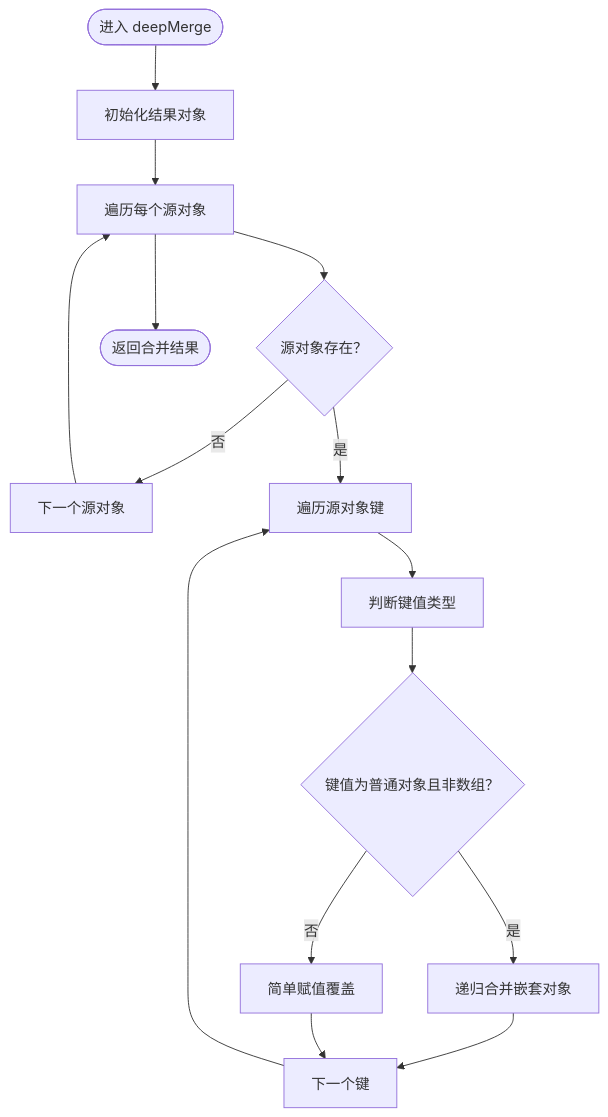
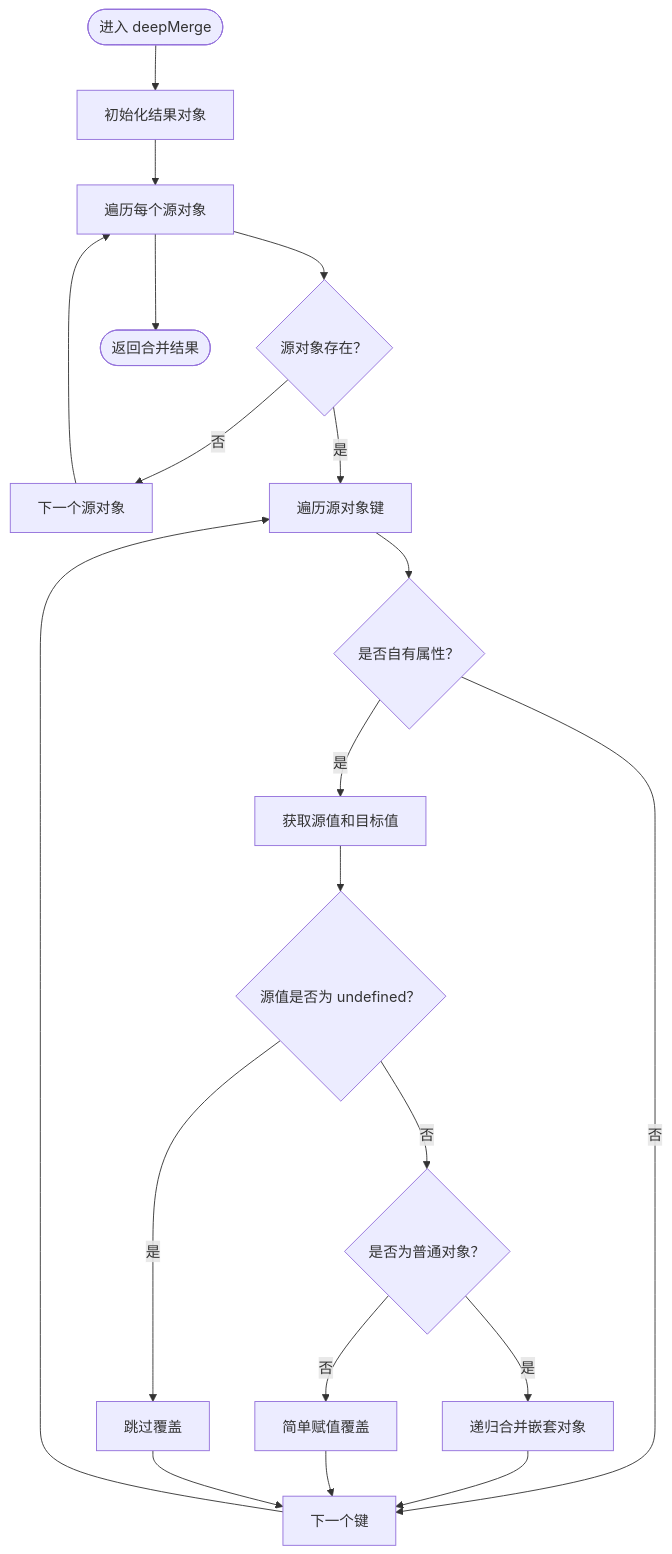
One commit to MengXi-Studio/vite-plugin changed the third of 5 diagrams in .qoder/repowiki/zh/content/工具模块/对象工具.md. Above: the diagram before and after it, drawn with Mermaid. The commit also changed other lines of this file and 8 other files, not shown here.

````diff
--- a/.qoder/repowiki/zh/content/工具模块/对象工具.md
+++ b/.qoder/repowiki/zh/content/工具模块/对象工具.md
@@ -148,17 +185,22 @@
 ```mermaid
 flowchart TD
 Start(["进入 deepMerge"]) --> Init["初始化结果对象"]
 Init --> LoopSrc["遍历每个源对象"]
 LoopSrc --> CheckSource{"源对象存在？"}
 CheckSource --> |否| NextSrc["下一个源对象"]
 CheckSource --> |是| LoopKey["遍历源对象键"]
-LoopKey --> GetType["判断键值类型"]
-GetType --> IsObj{"键值为普通对象且非数组？"}
-IsObj --> |是| Recurse["递归合并嵌套对象"]
-IsObj --> |否| Assign["简单赋值覆盖"]
-Recurse --> NextKey["下一个键"]
+LoopKey --> CheckOwn{"是否自有属性？"}
+CheckOwn --> |否| NextKey["下一个键"]
+CheckOwn --> |是| GetValues["获取源值和目标值"]
+GetValues --> CheckUndefined{"源值是否为 undefined？"}
+CheckUndefined --> |是| Skip["跳过覆盖"]
+CheckUndefined --> |否| CheckPlain{"是否为普通对象？"}
+CheckPlain --> |是| Recurse["递归合并嵌套对象"]
+CheckPlain --> |否| Assign["简单赋值覆盖"]
+Recurse --> NextKey
 Assign --> NextKey
+Skip --> NextKey
 NextKey --> LoopKey
 NextSrc --> LoopSrc
 LoopSrc --> Done(["返回合并结果"])
 ```
````
